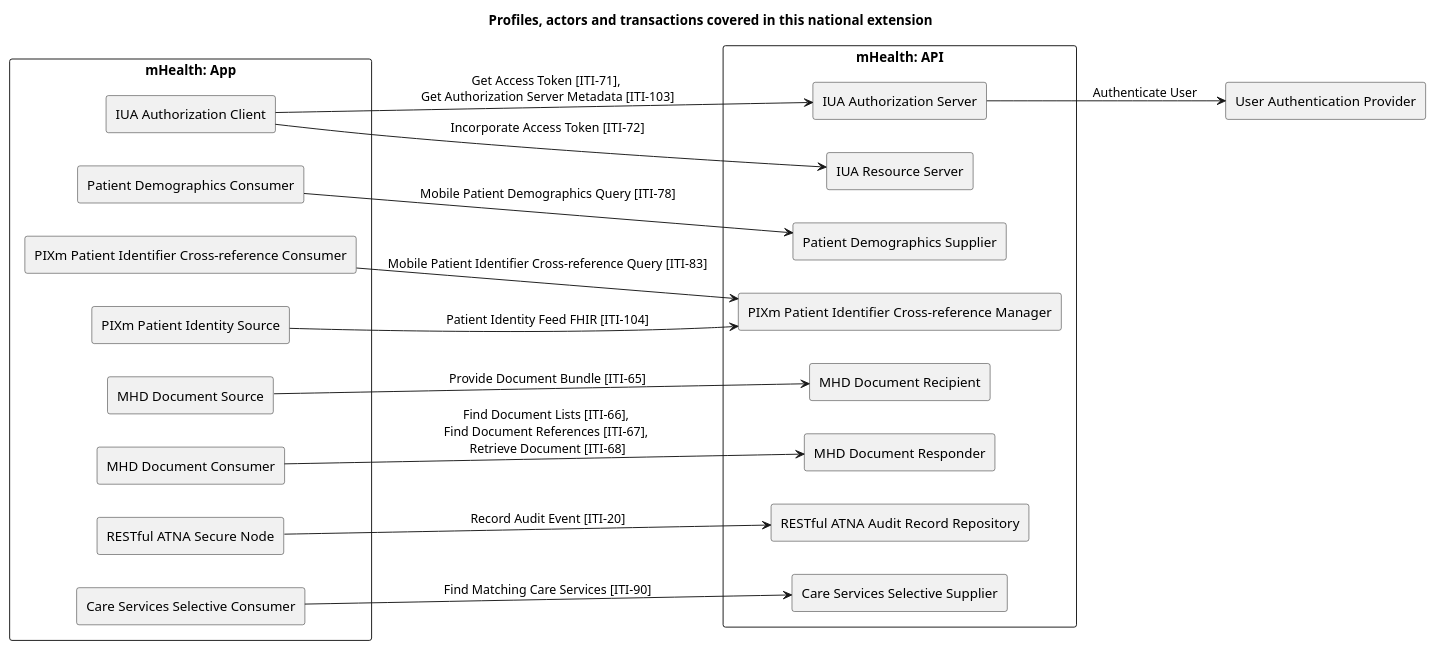
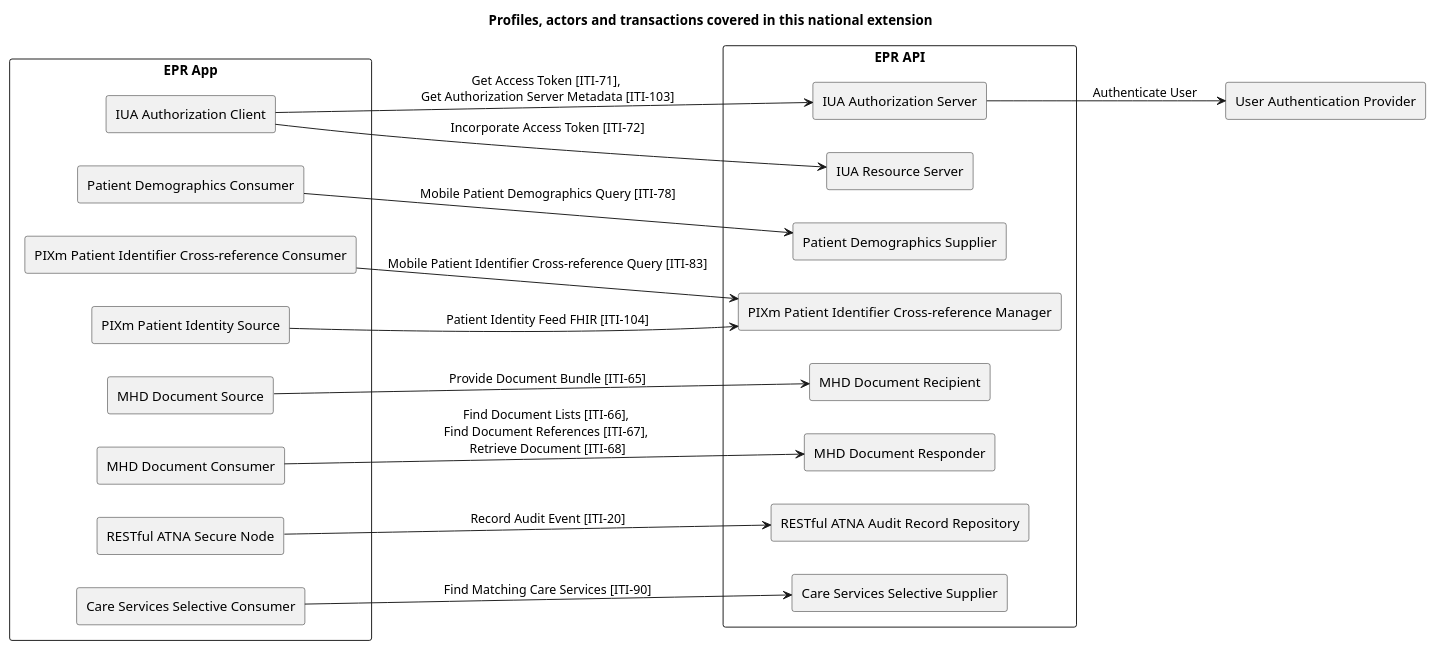
Before and after one commit to ehealthsuisse/ch-epr-fhir: the diagram in input/images-source/overview.plantuml, drawn with PlantUML. The commit also changed 11 other files, not shown here.

First line of the commit message:
Rename "mHealth App/API" to "EPR App/API"

```diff
--- a/input/images-source/overview.plantuml
+++ b/input/images-source/overview.plantuml
@@ -1,55 +1,55 @@
 @startuml
 
 title **Profiles, actors and transactions covered in this national extension**
 
 skinparam componentStyle rectangle
 skinparam svgDimensionStyle false
 
 left to right direction
 
-component "mHealth: App" {
+component "EPR App" {
   [IUA Authorization Client] as IUAClient
 
   [Patient Demographics Consumer] as PDQmConsumer
 
   [PIXm Patient Identifier Cross-reference Consumer] as PIXmConsumer
   [PIXm Patient Identity Source] as PIXmSource
 
   [MHD Document Source] as MHDSource
   [MHD Document Consumer] as MHDConsumer
 
   [RESTful ATNA Secure Node] as ATNANode
 
   [Care Services Selective Consumer] as mCSDSelectiveConsumer
 }
 
-component "mHealth: API" {
+component "EPR API" {
   [IUA Authorization Server] as IUAAuthServer
   IUAClient -> IUAAuthServer : Get Access Token [ITI-71], \nGet Authorization Server Metadata [ITI-103]
   [IUA Resource Server] as IUAResourceServer
   IUAClient --> IUAResourceServer : Incorporate Access Token [ITI-72]
 
   [Patient Demographics Supplier] as PDQmSupplier
   PDQmConsumer --> PDQmSupplier : Mobile Patient Demographics Query [ITI-78]
 
   [PIXm Patient Identifier Cross-reference Manager] as PIXmManager
   PIXmConsumer --> PIXmManager : Mobile Patient Identifier Cross-reference Query [ITI-83]
   PIXmSource --> PIXmManager : Patient Identity Feed FHIR [ITI-104]
 
   [MHD Document Recipient] as MHDRecipient
   MHDSource --> MHDRecipient : Provide Document Bundle [ITI-65]
 
   [MHD Document Responder] as MHDResponder
   MHDConsumer --> MHDResponder : Find Document Lists [ITI-66], \nFind Document References [ITI-67], \nRetrieve Document [ITI-68] 
 
   [RESTful ATNA Audit Record Repository] as ATNARepository
   ATNANode --> ATNARepository : Record Audit Event [ITI-20]
 
   [Care Services Selective Supplier] as mCSDSelectiveSupplier
   mCSDSelectiveConsumer --> mCSDSelectiveSupplier : Find Matching Care Services [ITI-90]
 }
 
 [User Authentication Provider] as UAProvider
 IUAAuthServer --> UAProvider : Authenticate User
 
 @enduml
```
